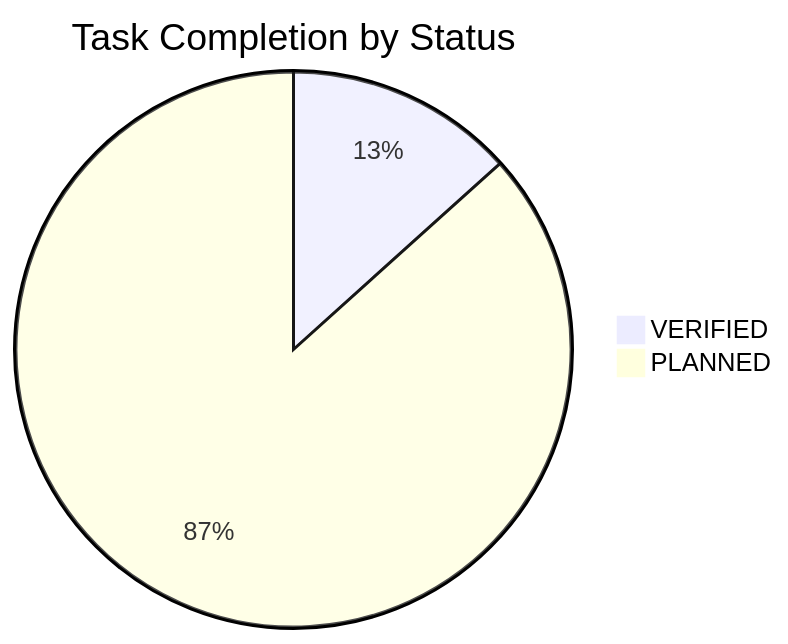
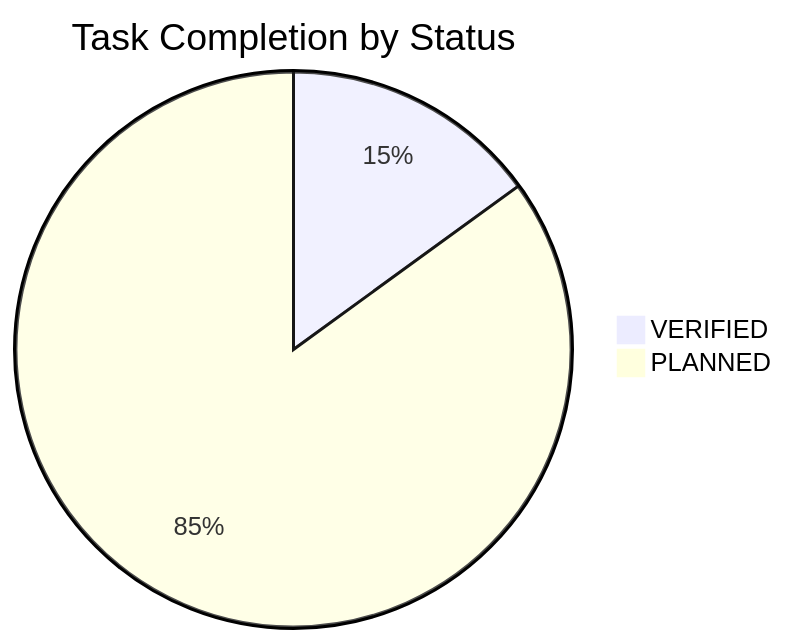
Before and after one commit to NguyenTriBaoThang/ClearWayAI: the diagram in docs/TASK_BOARD.md, drawn with Mermaid. The commit also changed other lines of this file and 6 other files, not shown here.

````diff
--- a/docs/TASK_BOARD.md
+++ b/docs/TASK_BOARD.md
@@ -16,5 +16,5 @@
 ```mermaid
 pie title Task Completion by Status
-    "VERIFIED" : 8
-    "PLANNED" : 52
+    "VERIFIED" : 9
+    "PLANNED" : 51
 ```
````
